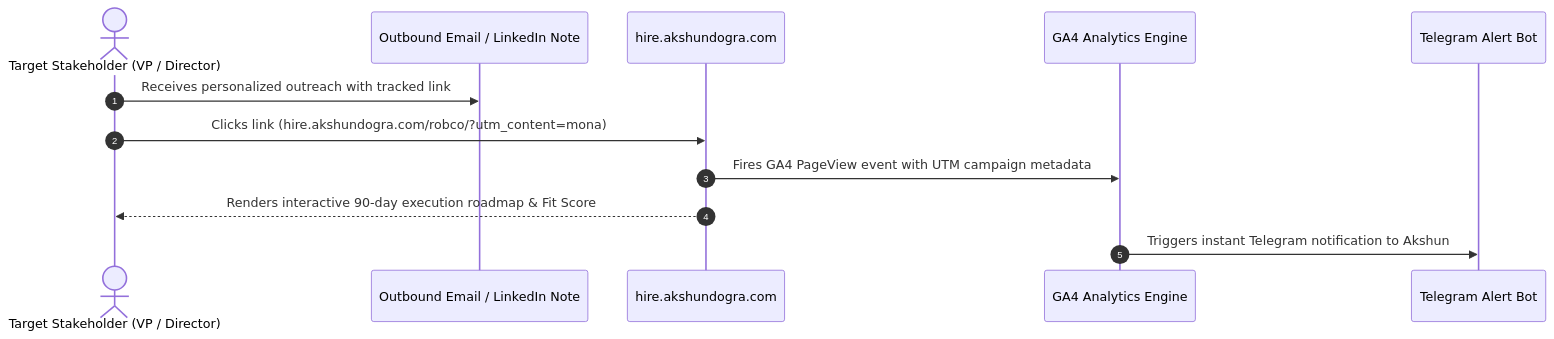
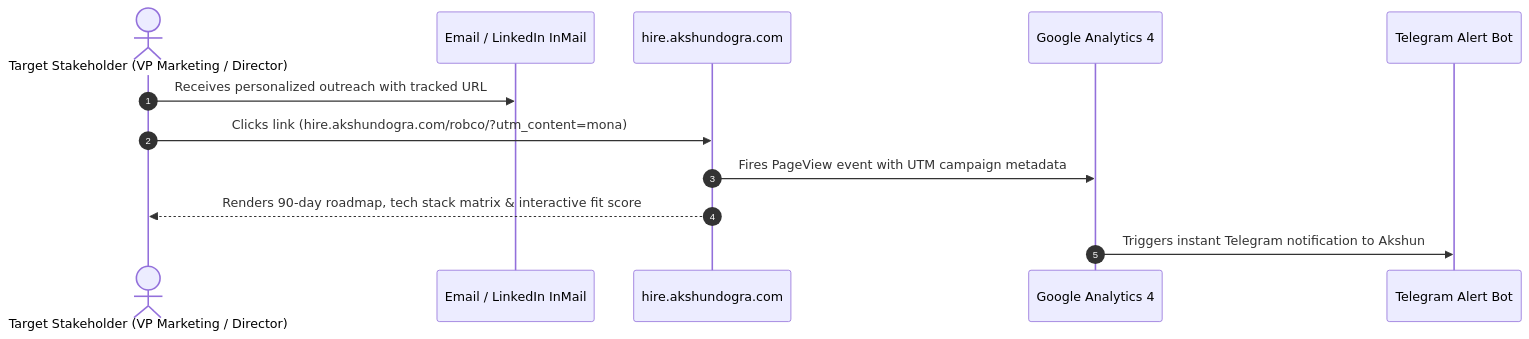
Before and after one commit to akshundogra/hire: the fourth of 4 diagrams in README.md, drawn with Mermaid. The commit also changed other lines of this file, not shown here.

Commit message:
docs: update README with Phase 1 n8n+Flask+ScreamingFrog and Phase 2 RevPilot AI architectures

````diff
--- a/README.md
+++ b/README.md
@@ -54,15 +91,15 @@
 ```mermaid
 sequenceDiagram
     autonumber
-    actor TargetLeader as Target Stakeholder (VP / Director)
-    participant Email as Outbound Email / LinkedIn Note
+    actor Leader as Target Stakeholder (VP Marketing / Director)
+    participant Channel as Email / LinkedIn InMail
     participant Host as hire.akshundogra.com
-    participant Analytics as GA4 Analytics Engine
+    participant GA4 as Google Analytics 4
     participant Telegram as Telegram Alert Bot
 
-    TargetLeader->>Email: Receives personalized outreach with tracked link
-    TargetLeader->>Host: Clicks link (hire.akshundogra.com/robco/?utm_content=mona)
-    Host->>Analytics: Fires GA4 PageView event with UTM campaign metadata
-    Host-->>TargetLeader: Renders interactive 90-day execution roadmap & Fit Score
-    Analytics->>Telegram: Triggers instant Telegram notification to Akshun
+    Leader->>Channel: Receives personalized outreach with tracked URL
+    Leader->>Host: Clicks link (hire.akshundogra.com/robco/?utm_content=mona)
+    Host->>GA4: Fires PageView event with UTM campaign metadata
+    Host-->>Leader: Renders 90-day roadmap, tech stack matrix & interactive fit score
+    GA4->>Telegram: Triggers instant Telegram notification to Akshun
 ```
````
